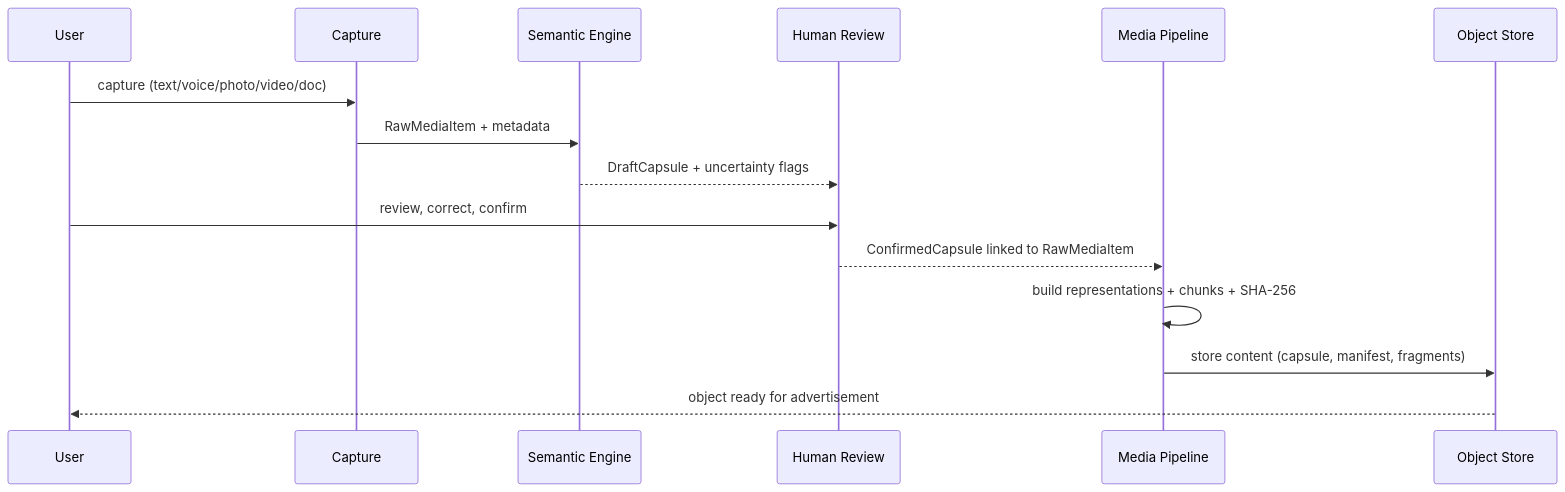
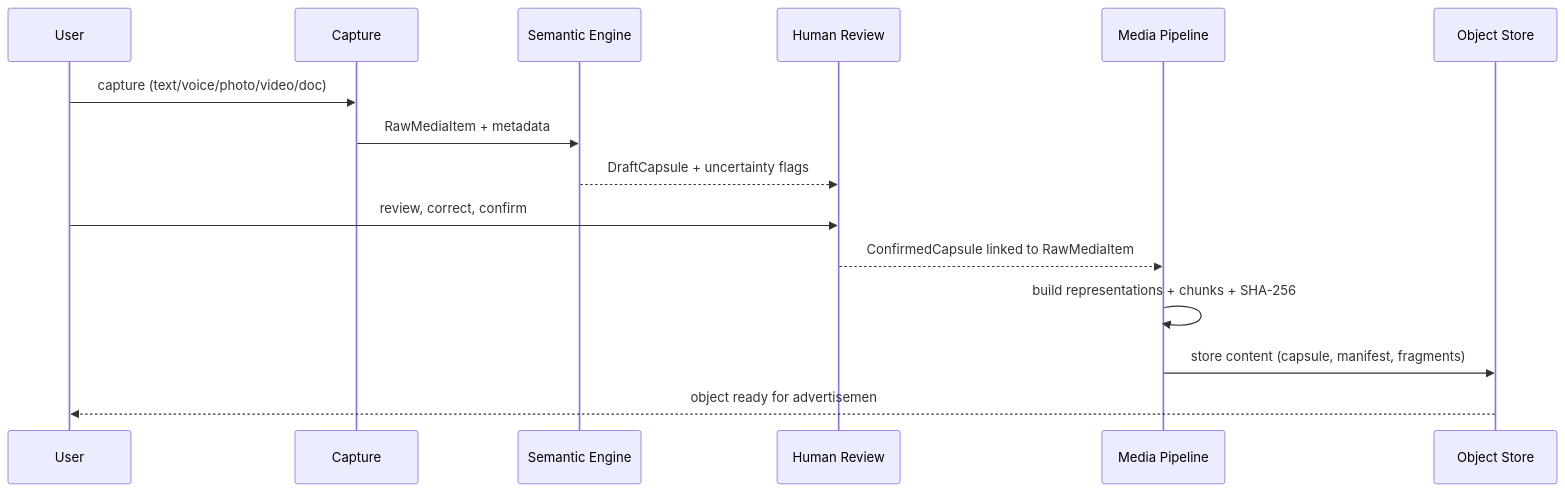
The third of 6 diagrams in SYSTEM_ARCHITECTURE.md (Rifat-Hossain49/July_hackathon), drawn with Mermaid before and after one commit. The commit also changed other lines of this file and 13 other files, not shown here.

````diff
--- a/SYSTEM_ARCHITECTURE.md
+++ b/SYSTEM_ARCHITECTURE.md
@@ -305,18 +315,18 @@
 ```mermaid
 sequenceDiagram
   participant U as User
   participant CI as Capture
   participant SE as Semantic Engine
   participant HR as Human Review
   participant MP as Media Pipeline
   participant CAS as Object Store
 
   U->>CI: capture (text/voice/photo/video/doc)
   CI->>SE: RawMediaItem + metadata
   SE-->>HR: DraftCapsule + uncertainty flags
   U->>HR: review, correct, confirm
   HR-->>MP: ConfirmedCapsule linked to RawMediaItem
   MP->>MP: build representations + chunks + SHA-256
   MP->>CAS: store content (capsule, manifest, fragments)
-  CAS-->>U: object ready for advertisement
+  CAS-->>U: object ready for advertisemen
 ```
````
